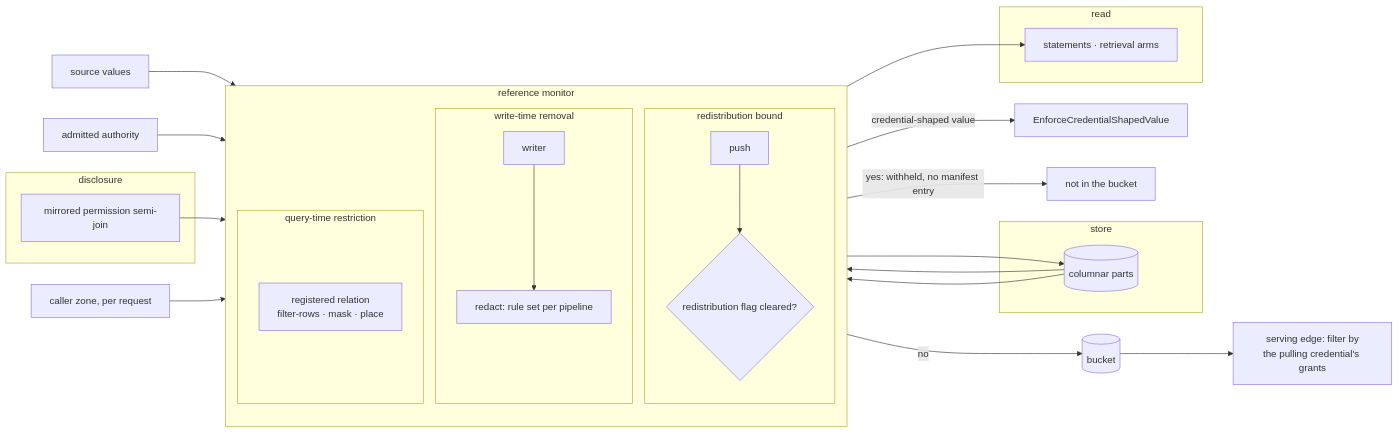
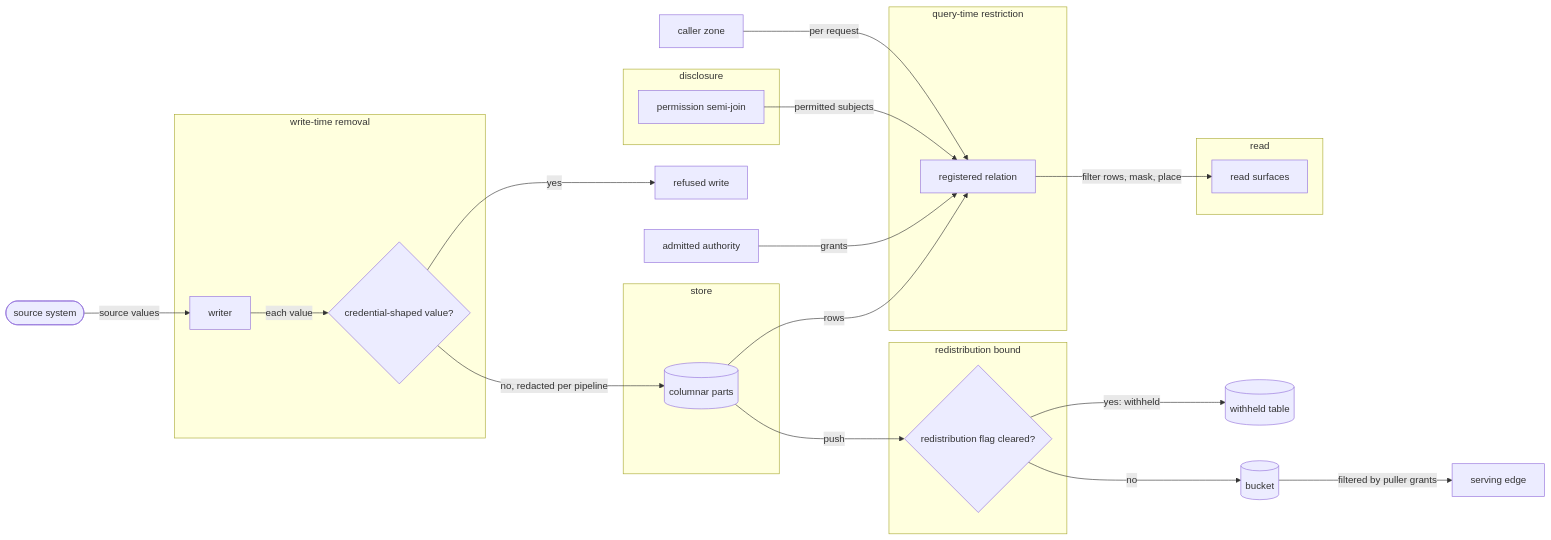
Before and after one commit to fractalboxdev/contextful: the first of 4 diagrams in spec/51-enforcement.md, drawn with Mermaid. The commit also changed other lines of this file and 44 other files, not shown here.

First line of the commit message:
spec: diagrams draw entities and flows, and the checker enforces it (#12)

````diff
--- a/spec/51-enforcement.md
+++ b/spec/51-enforcement.md
@@ -23,41 +23,42 @@
 ```mermaid
 flowchart LR
-  SRC["source values"]
+  SRC(["source system"])
   AA["admitted authority"]
-  ZONE["caller zone, per request"]
-  subgraph RM["reference monitor"]
-    direction TB
-    subgraph L1["write-time removal"]
-      W["writer"] --> RED["redact: rule set per pipeline"]
-    end
-    subgraph L2["redistribution bound"]
-      PUSH["push"] --> WH{"redistribution flag cleared?"}
-    end
-    subgraph L3["query-time restriction"]
-      REL["registered relation<br/>filter-rows · mask · place"]
-    end
+  ZONE["caller zone"]
+  subgraph L1["write-time removal"]
+    W["writer"]
+    GUARD{"credential-shaped value?"}
   end
   subgraph STORE["store"]
     PARTS[("columnar parts")]
   end
+  subgraph L2["redistribution bound"]
+    WH{"redistribution flag cleared?"}
+  end
+  subgraph L3["query-time restriction"]
+    REL["registered relation"]
+  end
   subgraph DISC["disclosure"]
-    SJ["mirrored permission semi-join"]
+    SJ["permission semi-join"]
   end
   subgraph READ["read"]
-    RS["statements · retrieval arms"]
+    RS["read surfaces"]
   end
   BKT[("bucket")]
-  EDGE["serving edge: filter by<br/>the pulling credential's grants"]
-  SRC --> W
-  W -- "credential-shaped value" --> RES["EnforceCredentialShapedValue"]
-  RED --> PARTS
-  PARTS --> PUSH
-  WH -- "yes: withheld, no manifest entry" --> OUT["not in the bucket"]
-  WH -- no --> BKT
-  BKT --> EDGE
-  PARTS --> REL
-  AA --> REL
-  SJ --> REL
-  ZONE --> REL
-  REL --> RS
+  EDGE["serving edge"]
+  REFUSED["refused write"]
+  KEPT[("withheld table")]
+  SRC -- "source values" --> W
+  W -- "each value" --> GUARD
+  GUARD -- "yes" --> REFUSED
+  GUARD -- "no, redacted per pipeline" --> PARTS
+  PARTS -- "push" --> WH
+  WH -- "yes: withheld" --> KEPT
+  WH -- "no" --> BKT
+  BKT -- "filtered by puller grants" --> EDGE
+  PARTS -- "rows" --> REL
+  AA -- "grants" --> REL
+  SJ -- "permitted subjects" --> REL
+  ZONE -- "per request" --> REL
+  REL -- "filter rows, mask, place" --> RS
 ```
````
